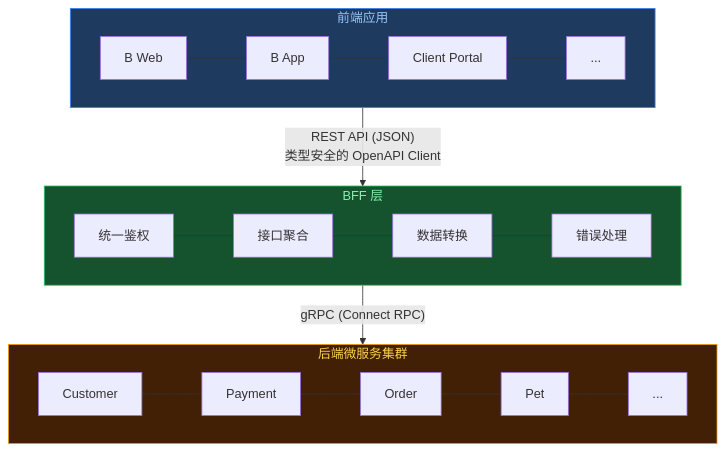
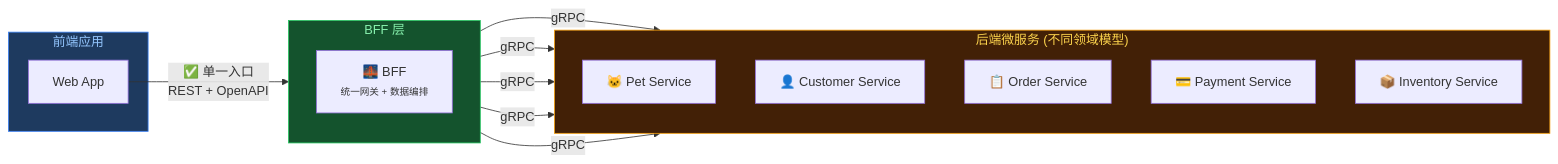
One commit to Doctor-wu/talks changed the second of 12 diagrams in talks/2025/moegobff_sz/src/slides.md. Above: the diagram before and after it, drawn with Mermaid. The commit also changed other lines of this file, not shown here.

Commit message:
feat: update moego bff slides ENT-0

````diff
--- a/talks/2025/moegobff_sz/src/slides.md
+++ b/talks/2025/moegobff_sz/src/slides.md
@@ -132,25 +182,31 @@
-```mermaid {scale: 0.55}
-flowchart TB
+```mermaid {scale: 0.5}
+flowchart LR
     subgraph Frontend ["前端应用"]
-        direction LR
-        F1["B Web"] --- F2["B App"] --- F3["Client Portal"] --- F4["..."]
+        F["Web App"]
     end
 
-    Frontend -->|"REST API (JSON)<br/>类型安全的 OpenAPI Client"| BFF
-
     subgraph BFF ["BFF 层"]
-        direction LR
-        Auth["统一鉴权"] --- Agg["接口聚合"] --- Trans["数据转换"] --- Err["错误处理"]
+        direction TB
+        B["🌉 BFF<br/><span style='font-size:12px'>统一网关 + 数据编排</span>"]
     end
 
-    BFF -->|"gRPC (Connect RPC)"| Backend
+    subgraph Services ["后端微服务 (不同领域模型)"]
+        direction TB
+        S1["🐱 Pet Service"]
+        S2["👤 Customer Service"]
+        S3["📋 Order Service"]
+        S4["💳 Payment Service"]
+        S5["📦 Inventory Service"]
+    end
 
-    subgraph Backend ["后端微服务集群"]
-        direction LR
-        S1[Customer] --- S2[Payment] --- S3[Order] --- S4[Pet] --- S5[...]
-    end
+    F -->|"✅ 单一入口<br/>REST + OpenAPI"| B
+    B -->|"gRPC"| S1
+    B -->|"gRPC"| S2
+    B -->|"gRPC"| S3
+    B -->|"gRPC"| S4
+    B -->|"gRPC"| S5
 
     style Frontend fill:#1e3a5f,stroke:#3b82f6,color:#93c5fd
     style BFF fill:#14532d,stroke:#22c55e,color:#86efac
-    style Backend fill:#422006,stroke:#f59e0b,color:#fcd34d
+    style Services fill:#422006,stroke:#f59e0b,color:#fcd34d
 ```
````
